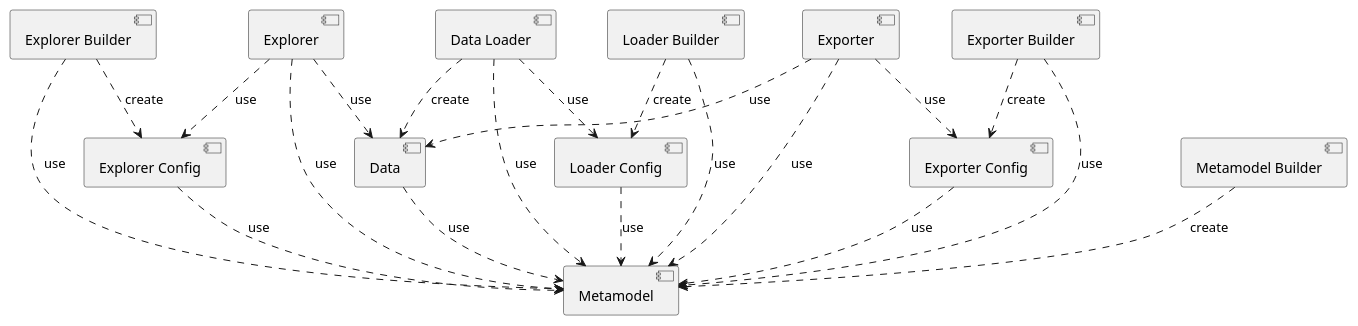
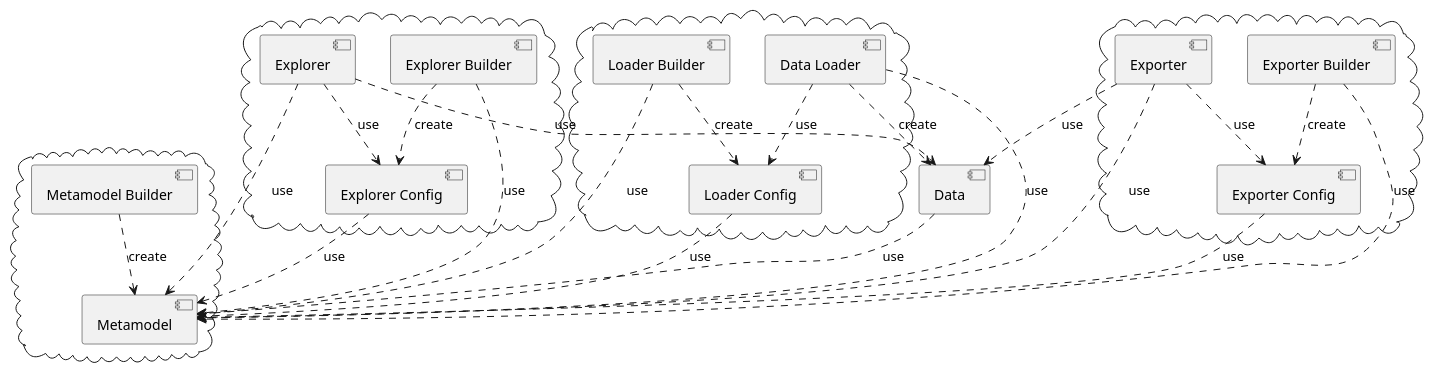
Before and after one commit to AGrzes/Yellow: the diagram in design/components.puml, drawn with PlantUML.

Commit message:
Grouping related components

```diff
--- a/design/components.puml
+++ b/design/components.puml
@@ -1,37 +1,45 @@
 @startuml
 
-component [Metamodel]
-component [Explorer Config]
-component [Loader Config]
-component [Data Loader]
+cloud {
+  component [Explorer Config]
+  component [Explorer Builder]
+  component [Explorer]
+}
+cloud {
+  component [Loader Config]
+  component [Data Loader]
+  component [Loader Builder]
+}
 component [Data]
-component [Explorer Builder]
-component [Loader Builder]
-component [Explorer]
-component [Exporter]
-component [Exporter Config]
-component [Exporter Builder]
-component [Metamodel Builder]
+cloud {
+  component [Exporter]
+  component [Exporter Config]
+  component [Exporter Builder]
+}
+cloud {
+  component [Metamodel Builder]
+  component [Metamodel]
+}
 
 [Data] ..> [Metamodel] : use
 [Exporter] ..> [Exporter Config] : use
 [Exporter] ..> [Data] : use
 [Exporter Builder] ..> [Exporter Config] : create
 [Loader Builder] ..> [Loader Config] : create
 [Explorer Builder] ..> [Explorer Config] : create
 [Data Loader] ..> [Data] : create
 [Data Loader] ..> [Loader Config] : use
 [Explorer] ..> [Data] : use
 [Explorer] ..> [Explorer Config] : use
 [Metamodel Builder] ..> [Metamodel] : create
 
 [Explorer] ..> [Metamodel] : use
 [Explorer Config] ..> [Metamodel] : use
 [Loader Config] ..> [Metamodel] : use
 [Data Loader] ..> [Metamodel] : use
 [Exporter] ..> [Metamodel] : use
 [Exporter Config] ..> [Metamodel] : use
 [Exporter Builder] ..> [Metamodel] : use
 [Loader Builder] ..> [Metamodel] : use
 [Explorer Builder] ..> [Metamodel] : use
 @enduml
```
